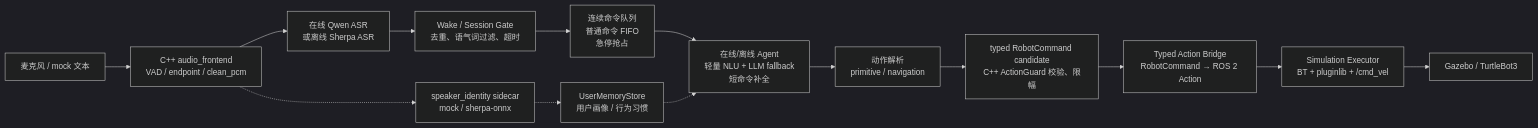
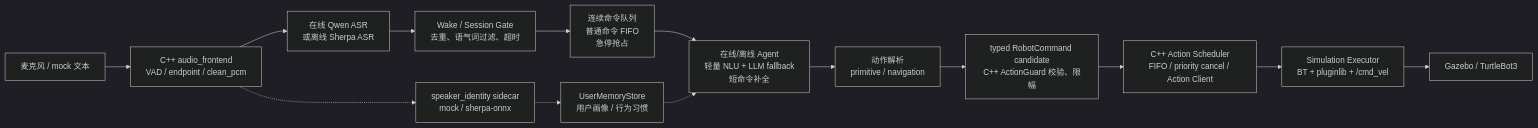
One commit to Edddddddddy/embodied_agent_ws changed the diagram in README.md. Above: the diagram before and after it, drawn with Mermaid (dark theme). The commit also changed other lines of this file and 32 other files, not shown here.

````diff
--- a/README.md
+++ b/README.md
@@ -32,16 +32,16 @@
 ```mermaid
 flowchart LR
   Mic["麦克风 / mock 文本"] --> Audio["C++ audio_frontend\nVAD / endpoint / clean_pcm"]
   Audio --> ASR["在线 Qwen ASR\n或离线 Sherpa ASR"]
   Audio -.-> Speaker["speaker_identity sidecar\nmock / sherpa-onnx"]
   Speaker -.-> Memory["UserMemoryStore\n用户画像 / 行为习惯"]
   ASR --> Gate["Wake / Session Gate\n去重、语气词过滤、超时"]
   Gate --> Queue["连续命令队列\n普通命令 FIFO\n急停抢占"]
   Queue --> Agent["在线/离线 Agent\n轻量 NLU + LLM fallback\n短命令补全"]
   Memory -.-> Agent
   Agent --> Parser["动作解析\nprimitive / navigation"]
   Parser --> Guard["typed RobotCommand candidate\nC++ ActionGuard 校验、限幅"]
-  Guard --> Bridge["Typed Action Bridge\nRobotCommand → ROS 2 Action"]
+  Guard --> Bridge["C++ Action Scheduler\nFIFO / priority cancel / Action Client"]
   Bridge --> Sim["Simulation Executor\nBT + pluginlib + /cmd_vel"]
   Sim --> Gazebo["Gazebo / TurtleBot3"]
 ```
````
